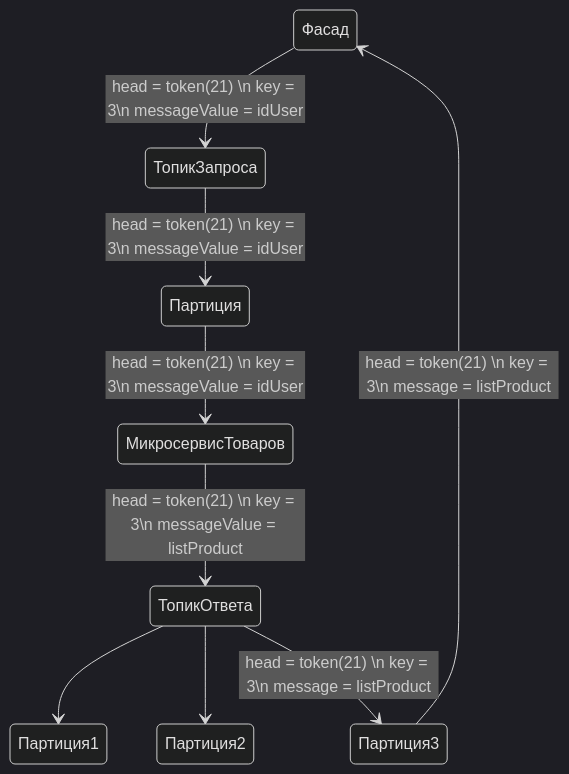
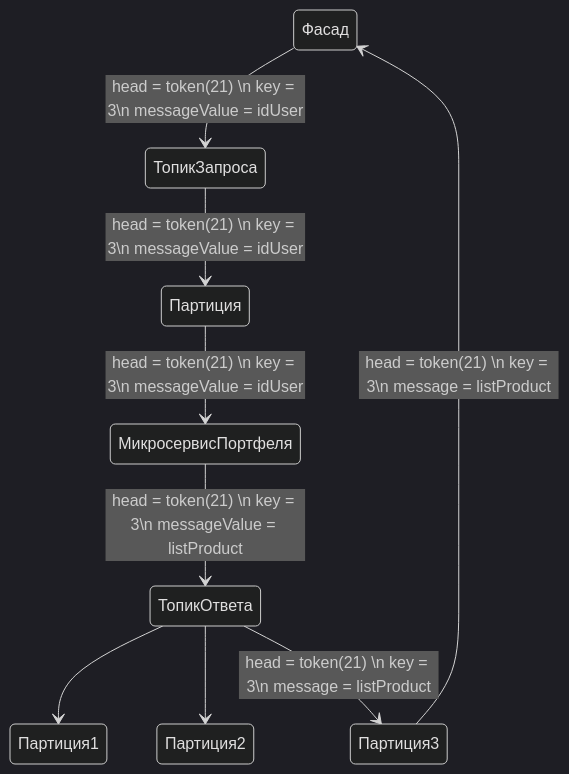
Before and after one commit to seesharktwo/markershtern: the diagram in CommunicationBetweenMicroservices.md, drawn with Mermaid (dark theme). The commit also changed other lines of this file, not shown here.

````diff
--- a/CommunicationBetweenMicroservices.md
+++ b/CommunicationBetweenMicroservices.md
@@ -14,11 +14,11 @@
 ```mermaid
 stateDiagram-v2
     Фасад  --> ТопикЗапроса:head = token(21) \n key = 3\n messageValue = idUser
     ТопикЗапроса --> Партиция: head = token(21) \n key = 3\n messageValue = idUser
-    Партиция --> МикросервисТоваров: head = token(21) \n key = 3\n messageValue = idUser
-    МикросервисТоваров --> ТопикОтвета: head = token(21) \n key = 3\n messageValue = listProduct 
+    Партиция --> МикросервисПортфеля: head = token(21) \n key = 3\n messageValue = idUser
+    МикросервисПортфеля --> ТопикОтвета: head = token(21) \n key = 3\n messageValue = listProduct 
     ТопикОтвета --> Партиция1
     ТопикОтвета --> Партиция2   
     ТопикОтвета --> Партиция3 : head = token(21) \n key = 3\n message = listProduct 
     Партиция3 -->  Фасад : head = token(21) \n key = 3\n message = listProduct      
 ```
````
